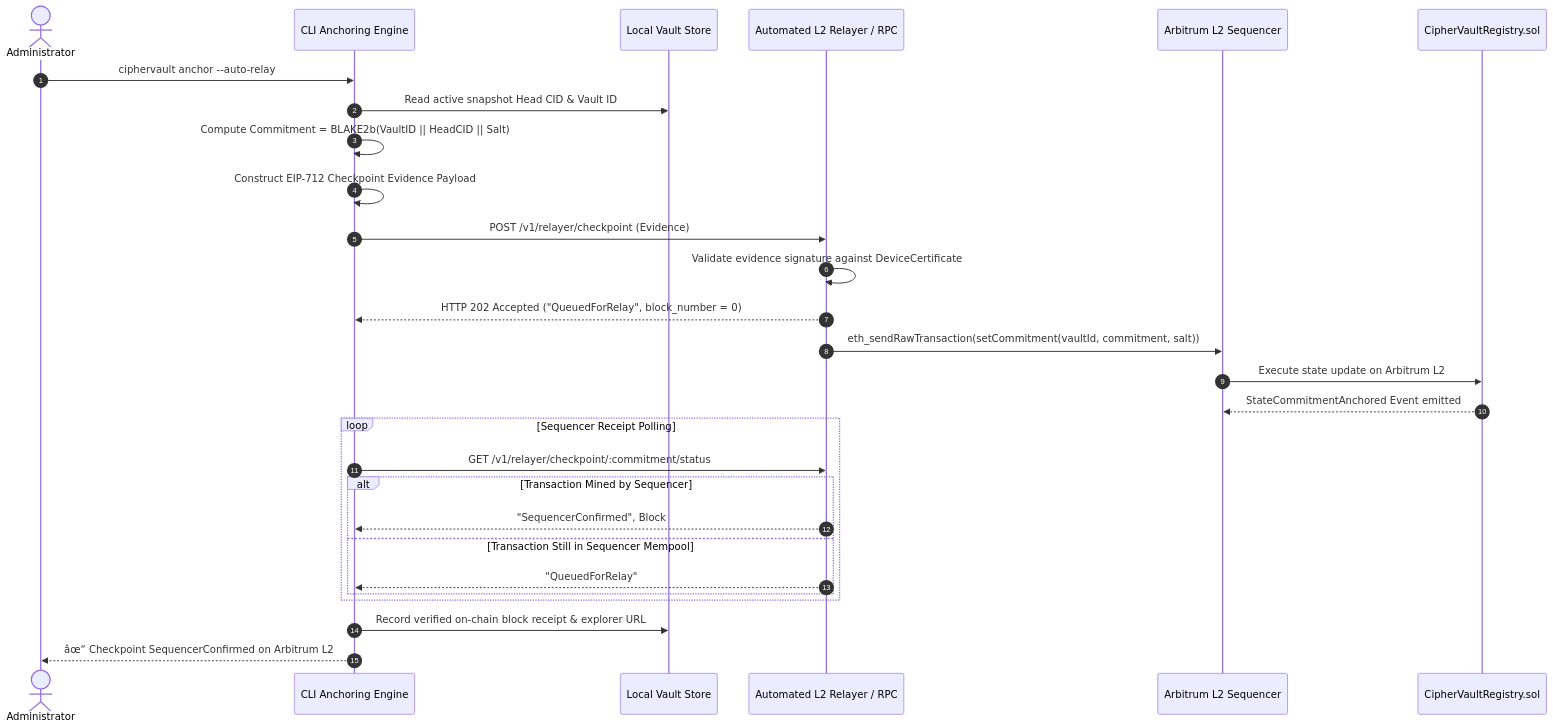
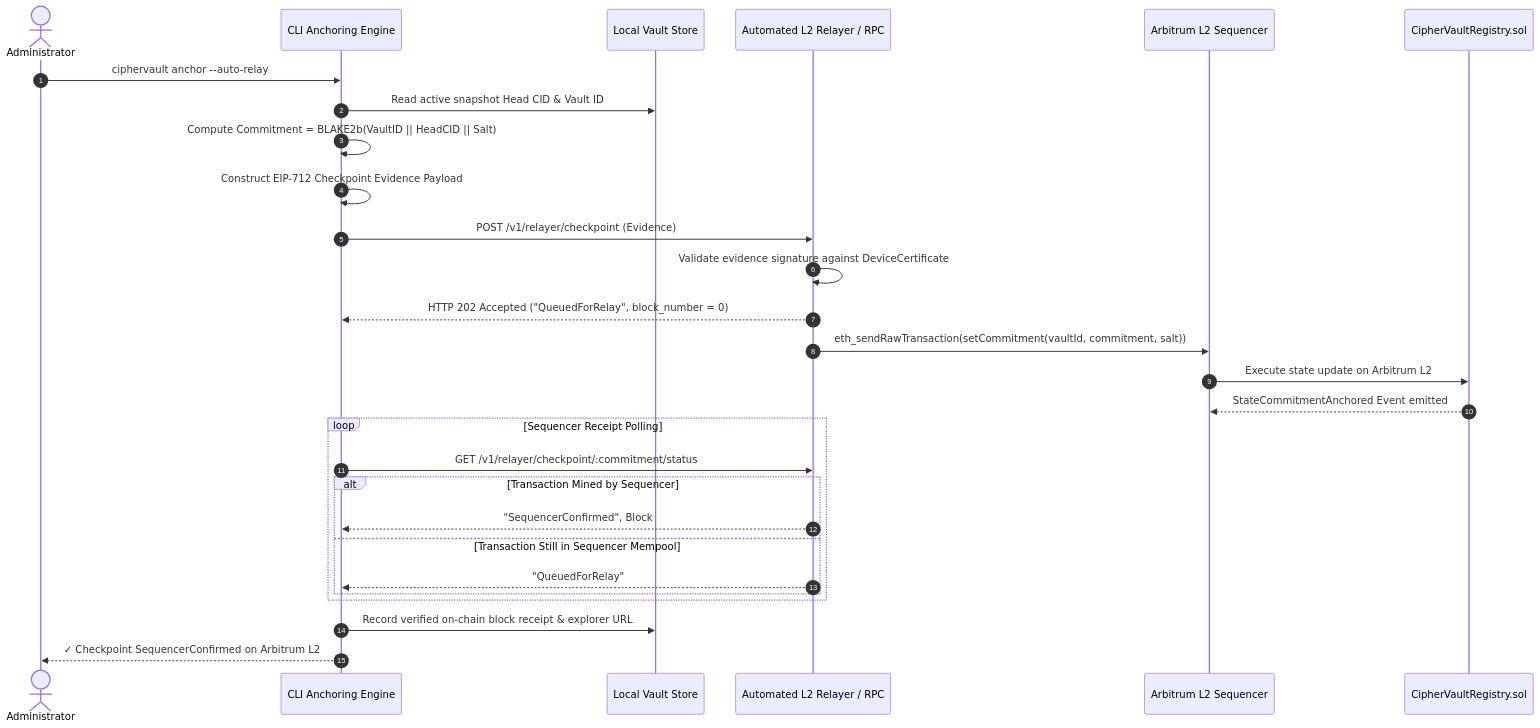
Before and after one commit to samuel-1-avson/CipherVault: the fifth of 14 diagrams in docs/SYSTEM_WORKFLOW.md, drawn with Mermaid. The commit also changed other lines of this file and 1 other file, not shown here.

````diff
--- a/docs/SYSTEM_WORKFLOW.md
+++ b/docs/SYSTEM_WORKFLOW.md
@@ -293,35 +293,35 @@
 ```mermaid
 sequenceDiagram
     autonumber
     actor Dev as Administrator
     participant CLI as CLI Anchoring Engine
     participant Store as Local Vault Store
     participant Relayer as Automated L2 Relayer / RPC
     participant Seq as Arbitrum L2 Sequencer
     participant SC as CipherVaultRegistry.sol
 
     Dev->>CLI: ciphervault anchor --auto-relay
     CLI->>Store: Read active snapshot Head CID & Vault ID
     CLI->>CLI: Compute Commitment = BLAKE2b(VaultID || HeadCID || Salt)
     CLI->>CLI: Construct EIP-712 Checkpoint Evidence Payload
     
     CLI->>Relayer: POST /v1/relayer/checkpoint (Evidence)
     Relayer->>Relayer: Validate evidence signature against DeviceCertificate
     Relayer-->>CLI: HTTP 202 Accepted ("QueuedForRelay", block_number = 0)
     
     Relayer->>Seq: eth_sendRawTransaction(setCommitment(vaultId, commitment, salt))
     Seq->>SC: Execute state update on Arbitrum L2
     SC-->>Seq: StateCommitmentAnchored Event emitted
     
     loop Sequencer Receipt Polling
         CLI->>Relayer: GET /v1/relayer/checkpoint/:commitment/status
         alt Transaction Mined by Sequencer
             Relayer-->>CLI: "SequencerConfirmed", Block #308,231,027, TxHash: 0x...
         else Transaction Still in Sequencer Mempool
             Relayer-->>CLI: "QueuedForRelay"
         end
     end
     
     CLI->>Store: Record verified on-chain block receipt & explorer URL
-    CLI-->>Dev: âœ“ Checkpoint SequencerConfirmed on Arbitrum L2
+    CLI-->>Dev: ✓ Checkpoint SequencerConfirmed on Arbitrum L2
 ```
````
